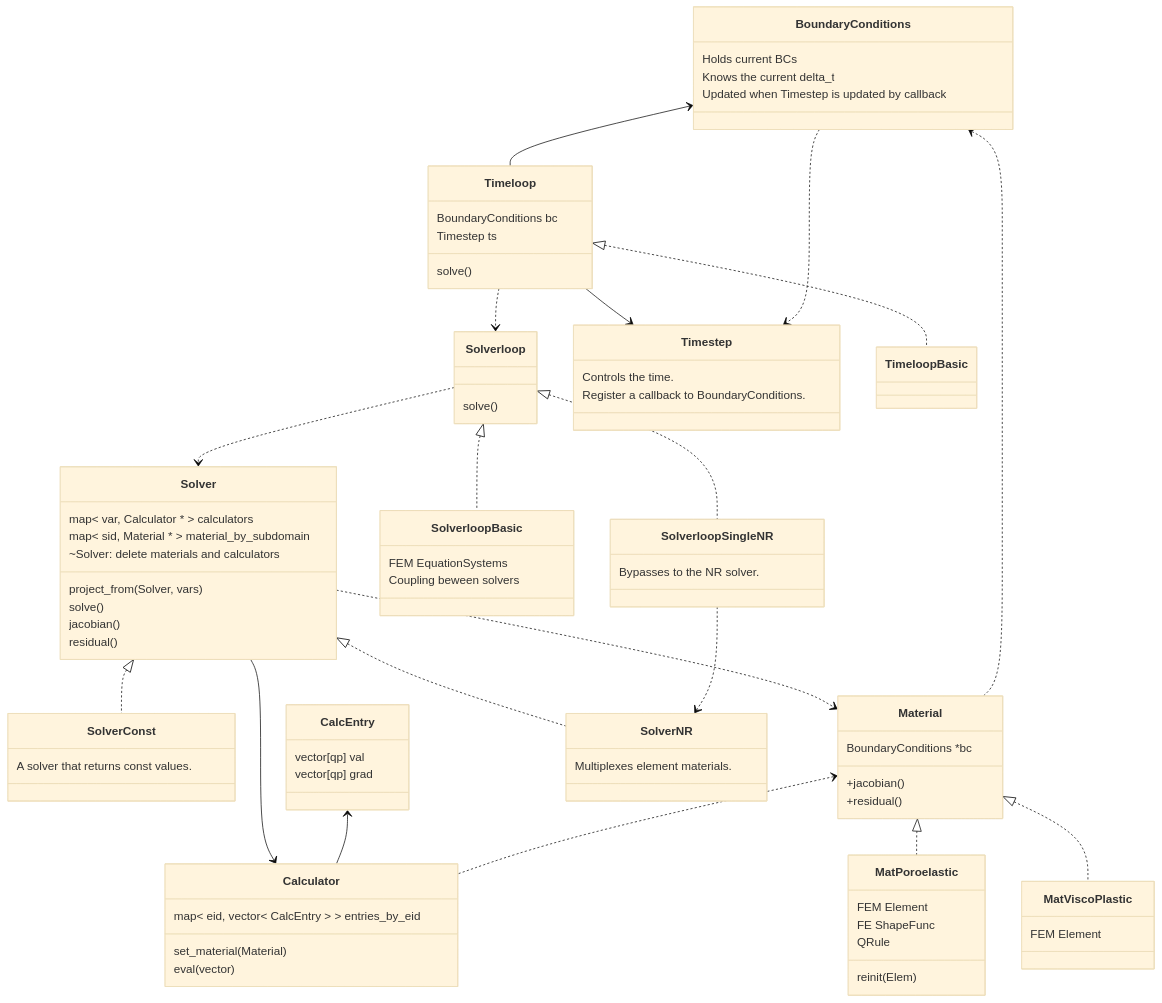
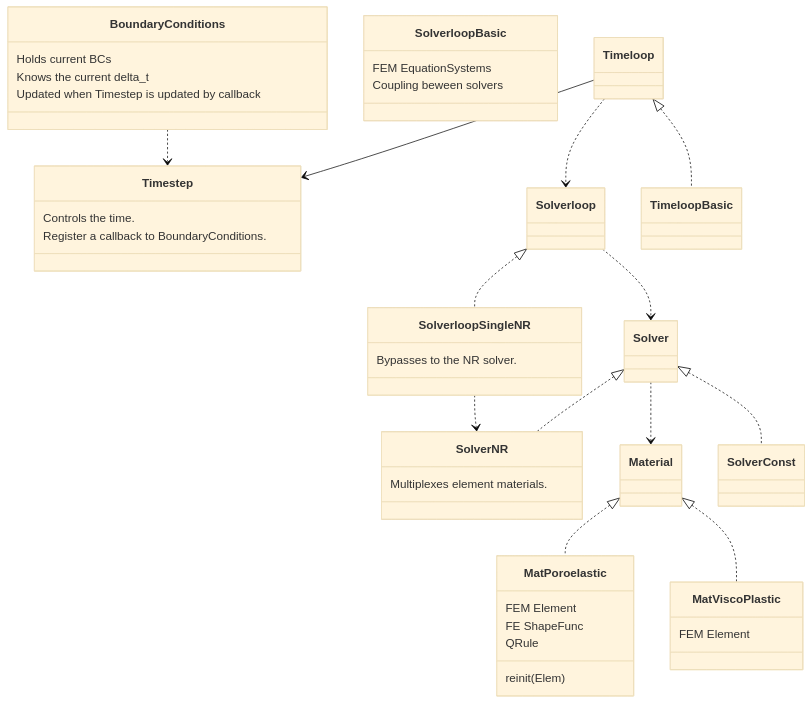
The second of 2 diagrams in doc/Description.md (rebpoli/harpy), drawn with Mermaid (base theme) before and after one commit.

````diff
--- a/doc/Description.md
+++ b/doc/Description.md
@@ -15,49 +71,5 @@
 ```mermaid
 classDiagram
-%% Interfaces
-    class Timeloop { 
-        BoundaryConditions bc
-        Timestep ts
-        solve()
-    }
-    BoundaryConditions <-- Timeloop
-
-    class Solverloop {
-        solve()
-    }
-
-    class Solver {
-        map< var, Calculator * > calculators
-        map< sid, Material * > material_by_subdomain
-        ~Solver: delete materials and calculators
-        project_from(Solver, vars)
-        solve()
-        jacobian()
-        residual()
-    }
-    class SolverConst { A solver that returns const values.  }
-
-
-    class Material {
-        BoundaryConditions *bc
-        +jacobian()
-        +residual()
-    }
-    BoundaryConditions <.. Material
-
-    class CalcEntry {
-        vector[qp] val
-        vector[qp] grad
-    }
-    class Calculator {
-        map< eid, vector< CalcEntry > > entries_by_eid
-        set_material( Material )
-        eval( vector<Point> )
-    }
-    Material <.. Calculator
-    CalcEntry <-- Calculator
-    Solverloop <|.. SolverloopBasic
-    Calculator <-- Solver
 
     class Timestep {
         Controls the time.
````
